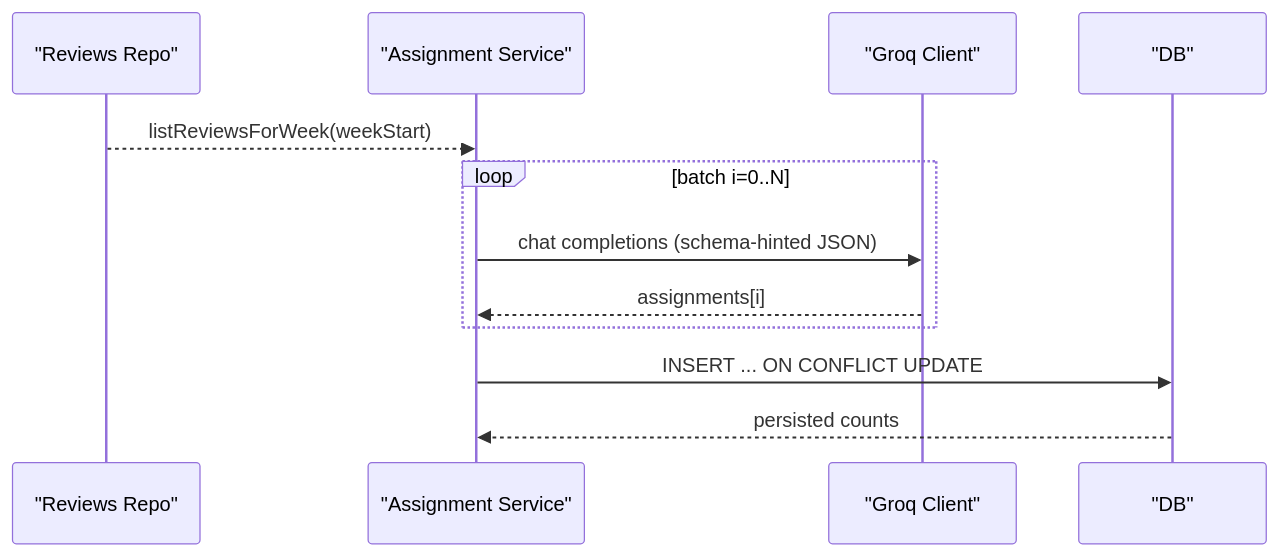
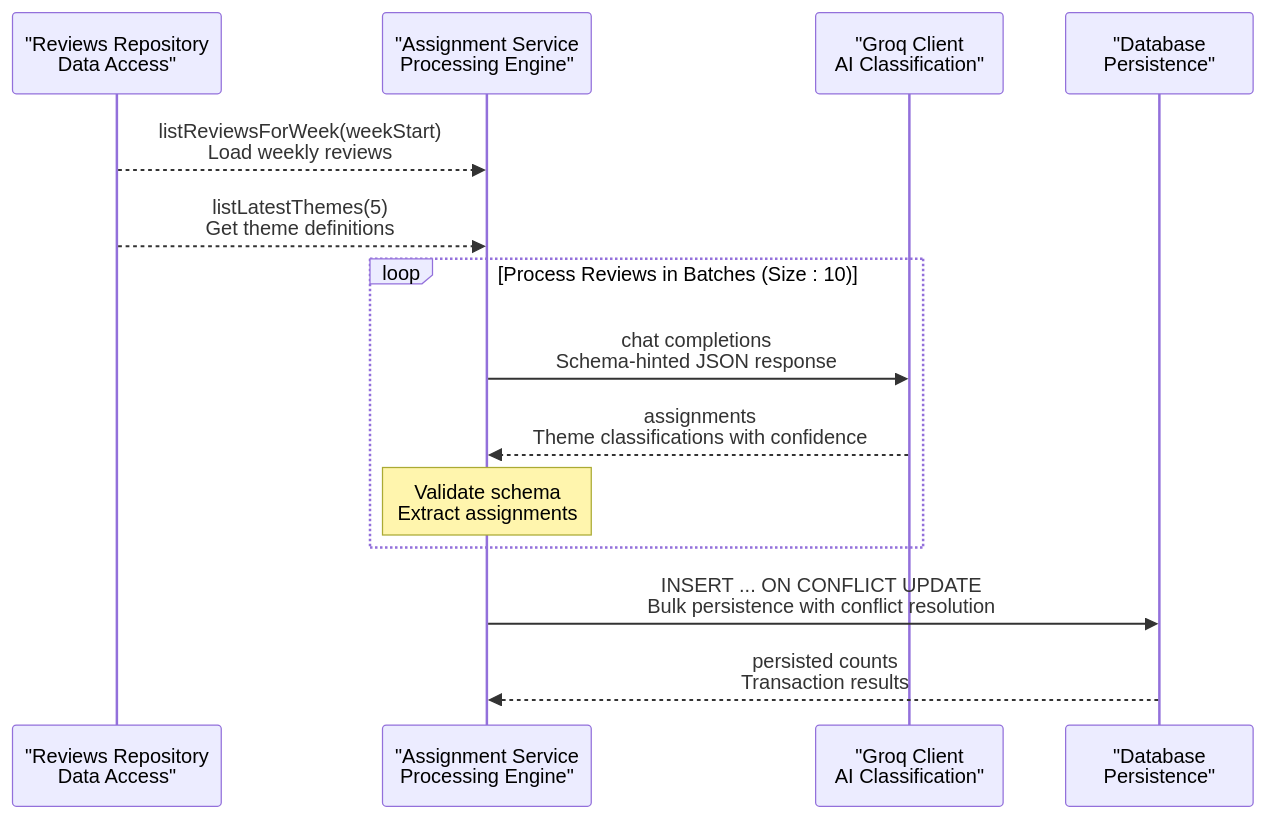
The fourth of 9 diagrams in .qoder/repowiki/en/content/Phase 2_ Advanced Analytics & Automation/Weekly Pulse Generation.md (aravinthraj-ramalingam/Groww-App-Review-Insights-Analyzer-), drawn with Mermaid before and after one commit. The commit also changed other lines of this file and 11 other files, not shown here.

````diff
--- a/.qoder/repowiki/en/content/Phase 2_ Advanced Analytics & Automation/Weekly Pulse Generation.md
+++ b/.qoder/repowiki/en/content/Phase 2_ Advanced Analytics & Automation/Weekly Pulse Generation.md
@@ -215,14 +229,16 @@
 ```mermaid
 sequenceDiagram
-participant Repo as "Reviews Repo"
-participant Assign as "Assignment Service"
-participant LLM as "Groq Client"
-participant DB as "DB"
-Repo-->>Assign : listReviewsForWeek(weekStart)
-loop batch i=0..N
-Assign->>LLM : chat completions (schema-hinted JSON)
-LLM-->>Assign : assignments[i]
+participant Repo as "Reviews Repository<br/>Data Access"
+participant Assign as "Assignment Service<br/>Processing Engine"
+participant LLM as "Groq Client<br/>AI Classification"
+participant DB as "Database<br/>Persistence"
+Repo-->>Assign : listReviewsForWeek(weekStart)<br/>Load weekly reviews
+Repo-->>Assign : listLatestThemes(5)<br/>Get theme definitions
+loop Process Reviews in Batches (Size : 10)
+Assign->>LLM : chat completions<br/>Schema-hinted JSON response
+LLM-->>Assign : assignments<br/>Theme classifications with confidence
+Note over Assign : Validate schema<br/>Extract assignments
 end
-Assign->>DB : INSERT ... ON CONFLICT UPDATE
-DB-->>Assign : persisted counts
+Assign->>DB : INSERT ... ON CONFLICT UPDATE<br/>Bulk persistence with conflict resolution
+DB-->>Assign : persisted counts<br/>Transaction results
 ```
````
